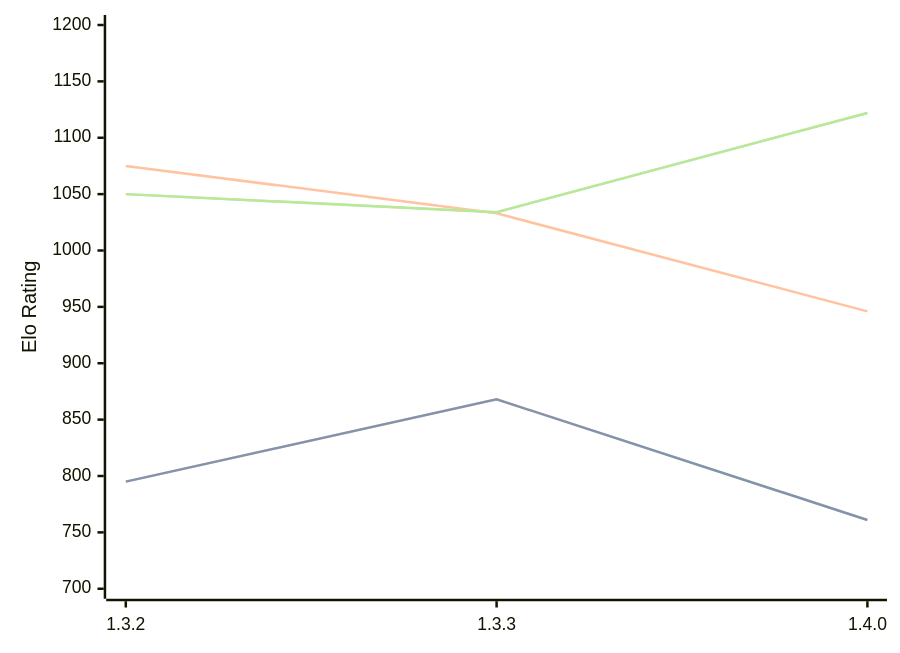
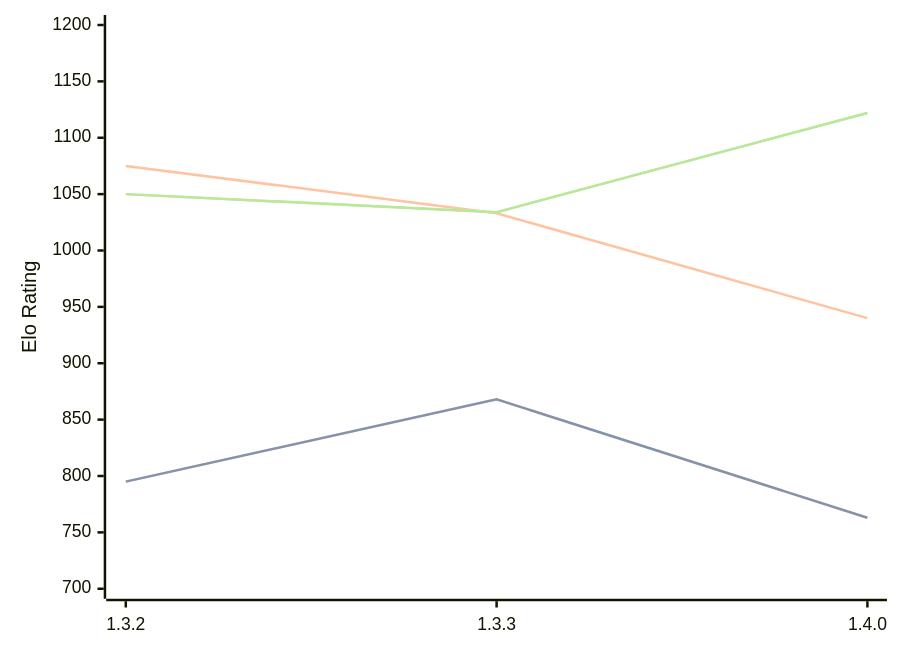
The diagram in engines/Whitespine.md (computer-chess-index/cci), drawn with Mermaid before and after one commit. The commit also changed other lines of this file, not shown here.

````diff
--- a/engines/Whitespine.md
+++ b/engines/Whitespine.md
@@ -36,11 +36,11 @@
 ```mermaid
 %%{init: {"theme":"base","themeVariables":{"seriesColors:['#a3a3a3','#222221','#faa371']}}}%%
 xychart-beta
   x-axis ["1.3.2", "1.3.3", "1.4.0"]
   y-axis "Elo Rating" 700 --> 1200
-  line "STC (8.0+0.08s)" [795, 868, 761]
-  line "STC (8.0+0.08s)" [795, 868, 761]
-  line "LTC (60.0+0.60s)" [1075, 1033, 946]
+  line "STC (8.0+0.08s)" [795, 868, 763]
+  line "STC (8.0+0.08s)" [795, 868, 763]
+  line "LTC (60.0+0.60s)" [1075, 1033, 940]
   line "VLTC (2m24s+1.12s)" [1050, 1034, 1122]
   line "VLTC (2m24s+1.12s)" [1050, 1034, 1122]
 ```
````
